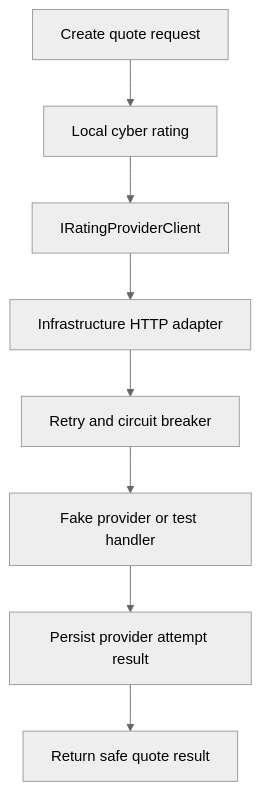
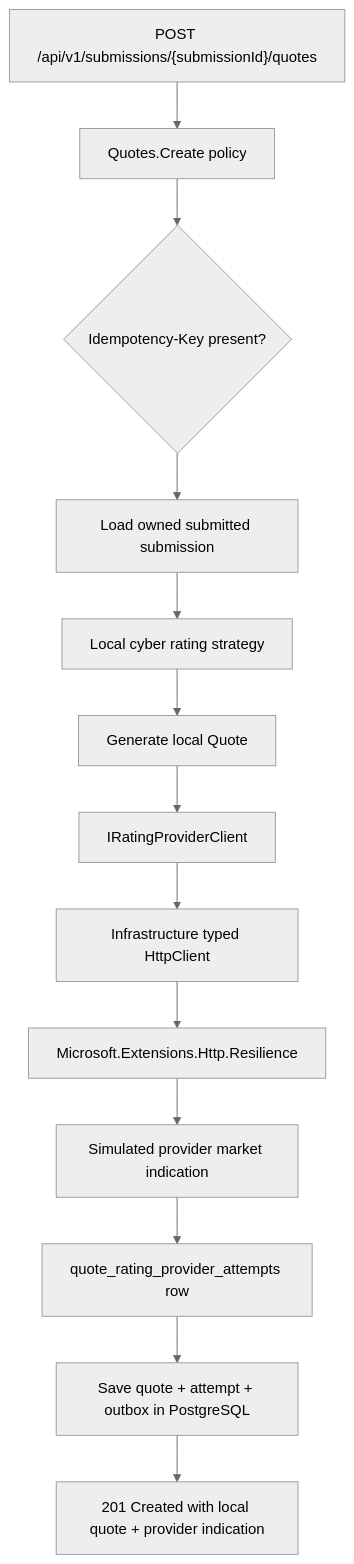
Before and after one commit to paulbuer08/LIAnsureProtect: the first of 2 diagrams in docs/dev/milestone-19-external-rating-provider-adapter-and-resilience-foundation-learnings.md, drawn with Mermaid (neutral theme). The commit also changed other lines of this file and 33 other files, not shown here.

Commit message:
feat: add external rating provider resilience foundation

````diff
--- a/docs/dev/milestone-19-external-rating-provider-adapter-and-resilience-foundation-learnings.md
+++ b/docs/dev/milestone-19-external-rating-provider-adapter-and-resilience-foundation-learnings.md
@@ -76,10 +119,15 @@
 ```mermaid
 flowchart TD
-    Quote["Create quote request"] --> LocalRating["Local cyber rating"]
-    LocalRating --> ProviderBoundary["IRatingProviderClient"]
-    ProviderBoundary --> Adapter["Infrastructure HTTP adapter"]
-    Adapter --> Resilience["Retry and circuit breaker"]
-    Resilience --> Provider["Fake provider or test handler"]
-    Provider --> Attempt["Persist provider attempt result"]
-    Attempt --> QuoteResult["Return safe quote result"]
+    Request["POST /api/v1/submissions/{submissionId}/quotes"] --> Auth["Quotes.Create policy"]
+    Auth --> Idempotency{"Idempotency-Key present?"}
+    Idempotency --> Load["Load owned submitted submission"]
+    Load --> LocalRating["Local cyber rating strategy"]
+    LocalRating --> Quote["Generate local Quote"]
+    Quote --> ProviderBoundary["IRatingProviderClient"]
+    ProviderBoundary --> HttpAdapter["Infrastructure typed HttpClient"]
+    HttpAdapter --> Resilience["Microsoft.Extensions.Http.Resilience"]
+    Resilience --> SimProvider["Simulated provider market indication"]
+    SimProvider --> Attempt["quote_rating_provider_attempts row"]
+    Attempt --> Save["Save quote + attempt + outbox in PostgreSQL"]
+    Save --> Response["201 Created with local quote + provider indication"]
 ```
````
